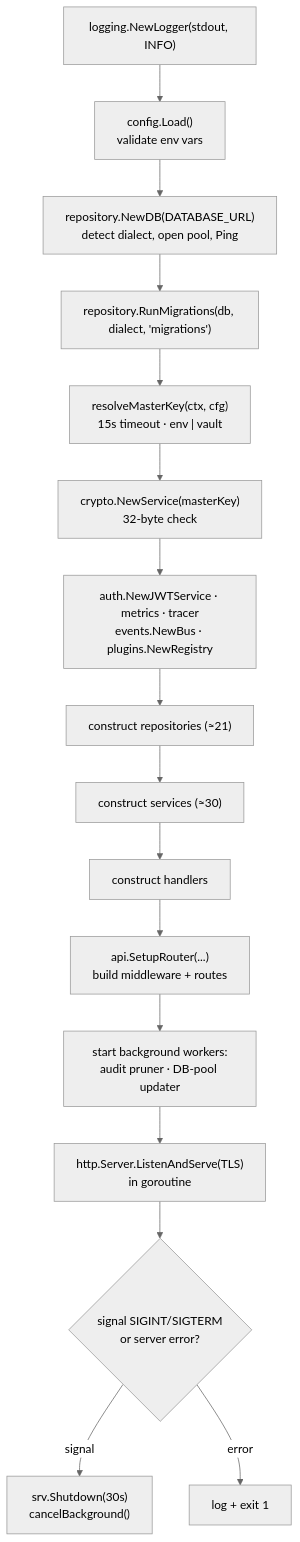
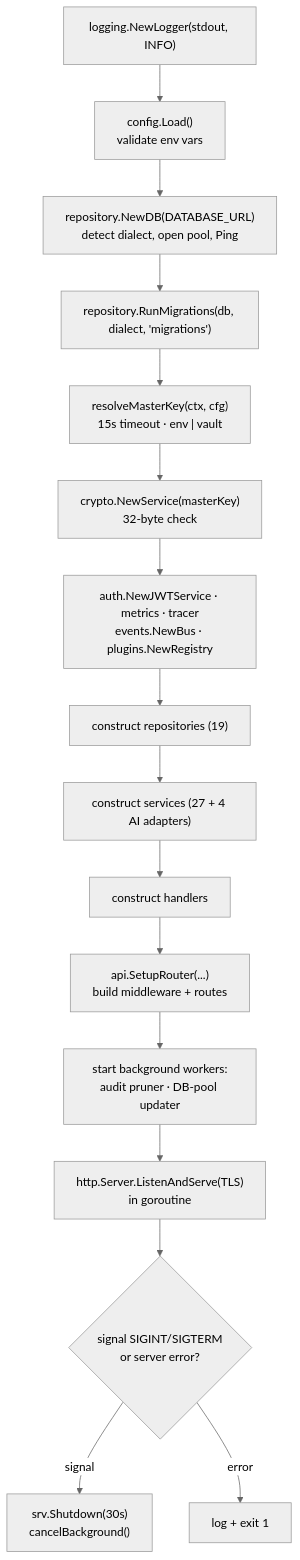
Before and after one commit to santapong/KeepSave: the first of 2 diagrams in docs/system/02-backend.md, drawn with Mermaid (neutral theme). The commit also changed other lines of this file and 8 other files, not shown here.

````diff
--- a/docs/system/02-backend.md
+++ b/docs/system/02-backend.md
@@ -15,18 +15,18 @@
 ```mermaid
 flowchart TD
     A["logging.NewLogger(stdout, INFO)"] --> B["config.Load()<br/>validate env vars"]
     B --> C["repository.NewDB(DATABASE_URL)<br/>detect dialect, open pool, Ping"]
     C --> D["repository.RunMigrations(db, dialect, 'migrations')"]
     D --> E["resolveMasterKey(ctx, cfg)<br/>15s timeout · env | vault"]
     E --> F["crypto.NewService(masterKey)<br/>32-byte check"]
     F --> G["auth.NewJWTService · metrics · tracer<br/>events.NewBus · plugins.NewRegistry"]
-    G --> H["construct repositories (≈21)"]
-    H --> I["construct services (≈30)"]
+    G --> H["construct repositories (19)"]
+    H --> I["construct services (27 + 4 AI adapters)"]
     I --> J["construct handlers"]
     J --> K["api.SetupRouter(...)<br/>build middleware + routes"]
     K --> L["start background workers:<br/>audit pruner · DB-pool updater"]
     L --> M["http.Server.ListenAndServe(TLS)<br/>in goroutine"]
     M --> N{"signal SIGINT/SIGTERM<br/>or server error?"}
     N -->|signal| O["srv.Shutdown(30s)<br/>cancelBackground()"]
     N -->|error| P["log + exit 1"]
 ```
````
